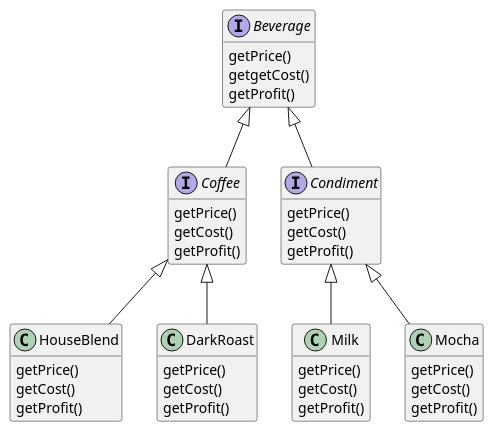
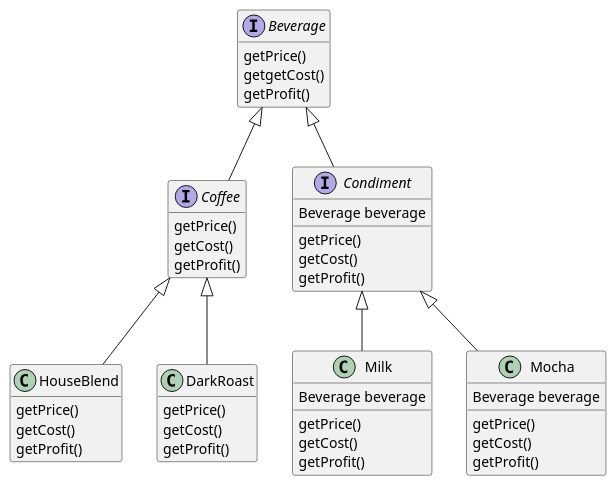
One commit to gama79530/DesignPattern changed the diagram in DecoratorPattern/example.puml. Above: the diagram before and after it, drawn with PlantUML. The commit also changed 38 other files, not shown here.

```diff
--- a/DecoratorPattern/example.puml
+++ b/DecoratorPattern/example.puml
@@ -1,54 +1,57 @@
 @startuml example
 hide empty members
 
 interface Beverage{
     getPrice()
     getgetCost()
     getProfit()
 } 
 
 interface Coffee{
     getPrice()
     getCost()
     getProfit()
 }
 
 class HouseBlend{
     getPrice()
     getCost()
     getProfit()
 }
 
 class DarkRoast{
     getPrice()
     getCost()
     getProfit()
 }
 
 interface Condiment{
+    Beverage beverage
     getPrice()
     getCost()
     getProfit()
 }
 
 class Milk{
+    Beverage beverage
     getPrice()
     getCost()
     getProfit()
 }
 
 class Mocha{
+    Beverage beverage
     getPrice()
     getCost()
     getProfit()
 }
 
 Beverage <|-- Coffee
 Coffee <|-- HouseBlend
 Coffee <|-- DarkRoast
 
 Beverage <|-- Condiment
 Condiment <|-- Milk
 Condiment <|-- Mocha
 
 @enduml
```
